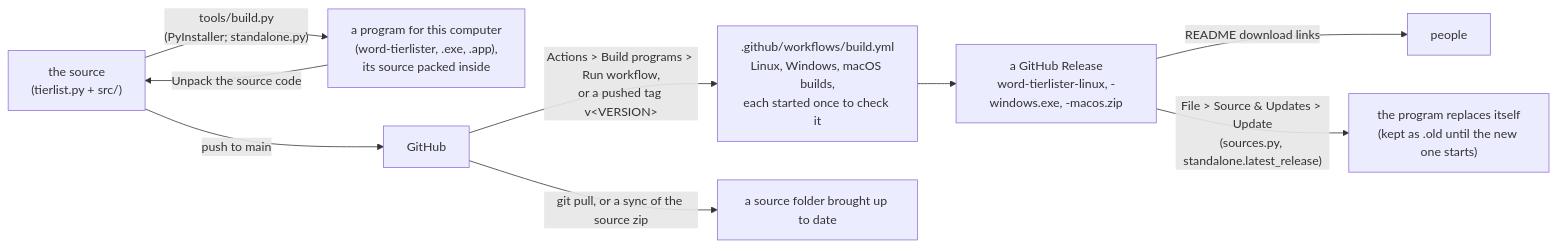
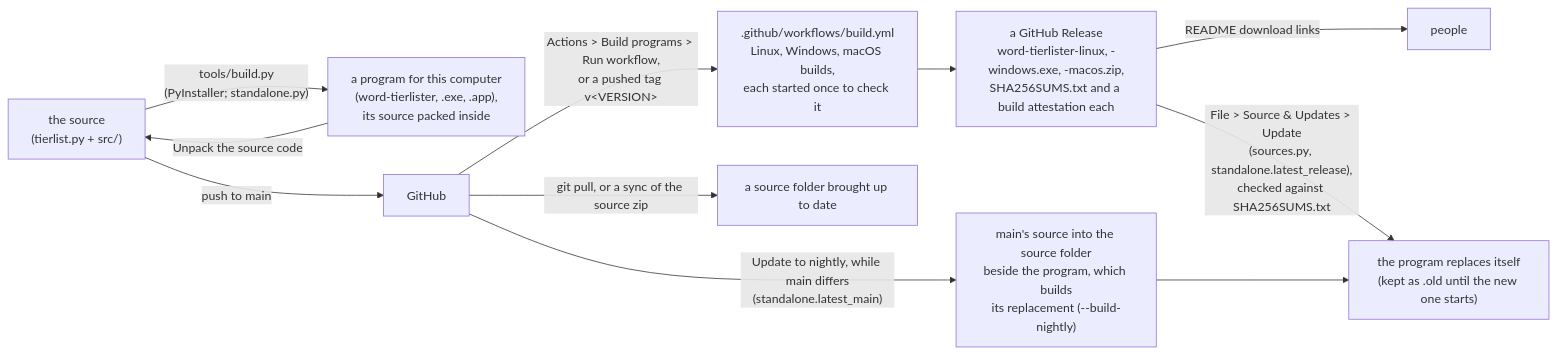
Before and after one commit to kiva-mccr/Word-Tierlister: the eighth of 13 diagrams in DEVELOPERS.md, drawn with Mermaid. The commit also changed other lines of this file and 3 other files, not shown here.

First line of the commit message:
Docs: bring the guides and charts up to date with #36-#47

````diff
--- a/DEVELOPERS.md
+++ b/DEVELOPERS.md
@@ -320,11 +331,13 @@
 ```mermaid
 flowchart LR
     src["the source<br/>(tierlist.py + src/)"] -- "tools/build.py<br/>(PyInstaller; standalone.py)" --> prog["a program for this computer<br/>(word-tierlister, .exe, .app),<br/>its source packed inside"]
     src -- "push to main" --> gh["GitHub"]
     gh -- "Actions > Build programs > Run workflow,<br/>or a pushed tag v&lt;VERSION&gt;" --> wf[".github/workflows/build.yml<br/>Linux, Windows, macOS builds,<br/>each started once to check it"]
-    wf --> rel["a GitHub Release<br/>word-tierlister-linux, -windows.exe, -macos.zip"]
+    wf --> rel["a GitHub Release<br/>word-tierlister-linux, -windows.exe, -macos.zip,<br/>SHA256SUMS.txt and a build attestation each"]
     rel -- "README download links" --> users["people"]
-    rel -- "File > Source & Updates > Update<br/>(sources.py, standalone.latest_release)" --> prog2["the program replaces itself<br/>(kept as .old until the new one starts)"]
+    rel -- "File > Source & Updates > Update<br/>(sources.py, standalone.latest_release),<br/>checked against SHA256SUMS.txt" --> prog2["the program replaces itself<br/>(kept as .old until the new one starts)"]
+    gh -- "Update to nightly, while main differs<br/>(standalone.latest_main)" --> night["main's source into the source folder<br/>beside the program, which builds<br/>its replacement (--build-nightly)"]
+    night --> prog2
     gh -- "git pull, or a sync of the source zip" --> src2["a source folder brought up to date"]
     prog -- "Unpack the source code" --> src
 ```
````
